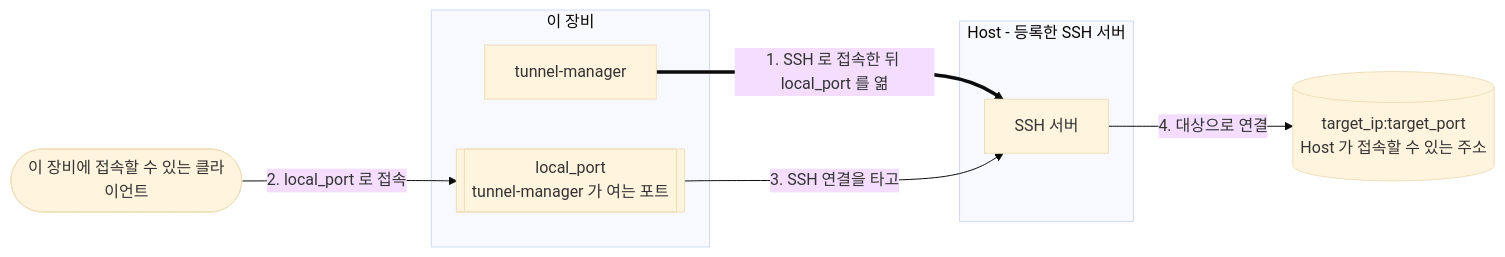
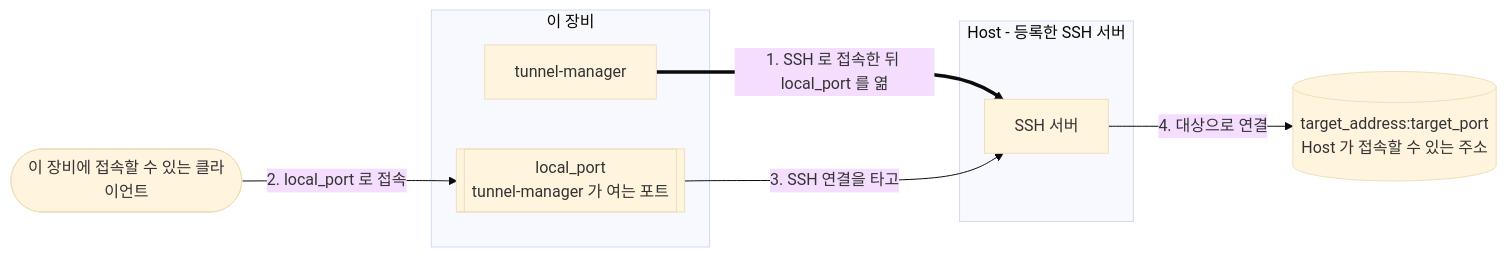
The second of 2 diagrams in docs/README.ko.md (jollaman999/tunnel-manager), drawn with Mermaid (base theme) before and after one commit. The commit also changed other lines of this file and 21 other files, not shown here.

````diff
--- a/docs/README.ko.md
+++ b/docs/README.ko.md
@@ -40,17 +40,17 @@
 ```mermaid
 flowchart LR
     client([이 장비에 접속할 수 있는 클라이언트])
     subgraph here [이 장비]
         port[["local_port<br/>tunnel-manager 가 여는 포트"]]
         tm[tunnel-manager]
     end
     subgraph host [Host - 등록한 SSH 서버]
         sshd[SSH 서버]
     end
-    target[("target_ip:target_port<br/>Host 가 접속할 수 있는 주소")]
+    target[("target_address:target_port<br/>Host 가 접속할 수 있는 주소")]
 
     tm ==>|"1. SSH 로 접속한 뒤 local_port 를 엶"| sshd
     client -->|"2. local_port 로 접속"| port
     port -->|"3. SSH 연결을 타고"| sshd
     sshd -->|"4. 대상으로 연결"| target
 ```
````
